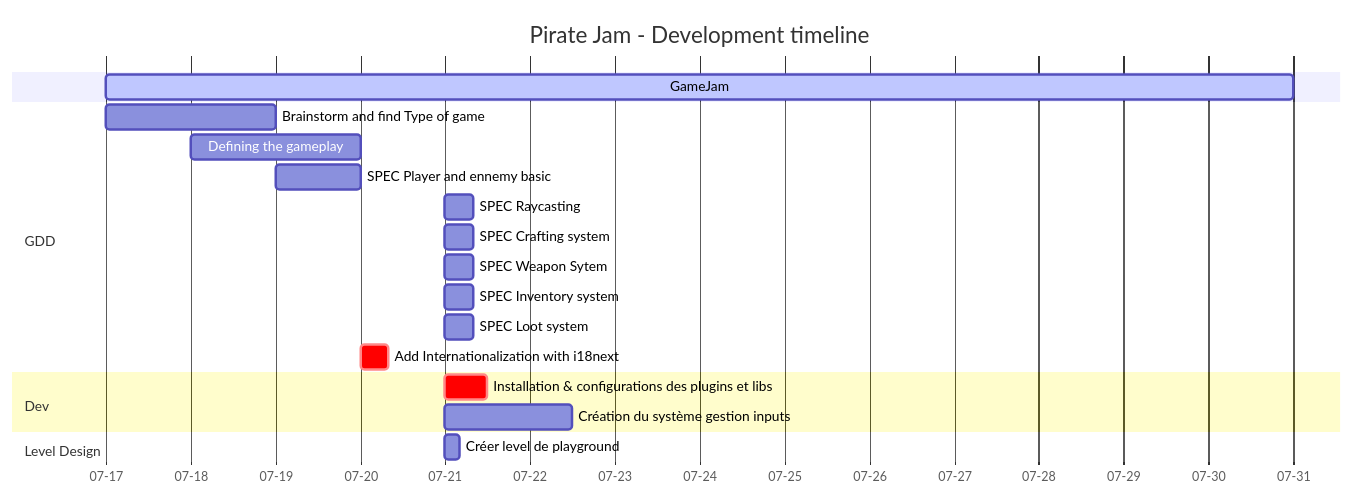
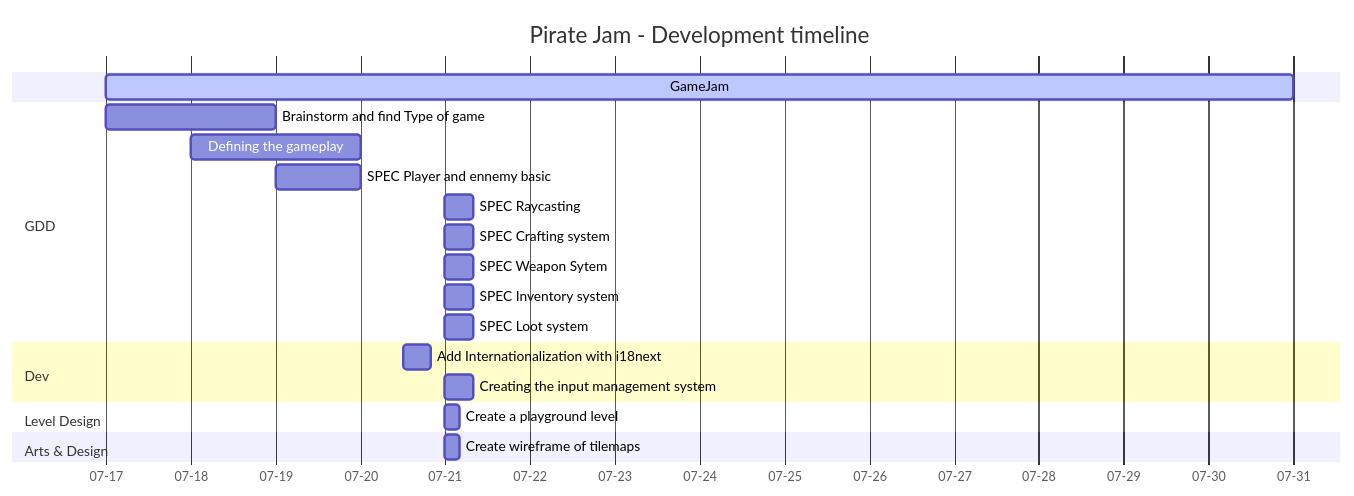
Before and after one commit to platypus-production/Pirate-GJ-15: the second of 3 diagrams in docs/Pirate Jam/Game Design Document.md, drawn with Mermaid. The commit also changed other lines of this file and 1 other file, not shown here.

````diff
--- a/docs/Pirate Jam/Game Design Document.md
+++ b/docs/Pirate Jam/Game Design Document.md
@@ -140,32 +141,32 @@
 ```mermaid
 gantt
 title Pirate Jam - Development timeline
-dateFormat YYYY-MM-DD
+dateFormat YYYY-MM-DD-HH
 axisFormat %m-%d
 GameJam :active, 2024-07-17, 14d
 
 section GDD
 Brainstorm and find Type of game :done GDD0, 2024-07-17, 2d 
 Defining the gameplay :done after GDD1 GDD2, 2024-07-18, 2d
 SPEC Player and ennemy basic :after GDD3, 2024-07-19, 1d
 SPEC Raycasting :GDD4, 2024-07-21, 8h
 SPEC Crafting system :GDD5, 2024-07-21, 8h
 SPEC Weapon Sytem :GDD6, 2024-07-21, 8h
 SPEC Inventory system :GDD7, 2024-07-21, 8h
 SPEC Loot system :GDD8, 2024-07-21, 8h
-Add Internationalization with i18next :crit, after GDD1, 2024-07-20, 8h
 
 section Dev
-Installation & configurations des plugins et libs :crit, DEV0 after GDD1, 2024-07-21, 12h
-Création du système gestion inputs :after DEV0 DEV1, 2024-07-21, 36h
+Add Internationalization with i18next :crit DEV0, 2024-07-20-12, 8h
+Creating the input management system :after DEV0 DEV1, 2024-07-21, 8h
 
 section Level Design
-Créer level de playground :, 2024-07-21, 4h
+Create a playground level :, 2024-07-21, 4h
 
 section Arts & Design
+Create wireframe of tilemaps :, 2024-07-21, 4h
 
 section UX/UI
 
 section Music & Sound
 
 ```
````
